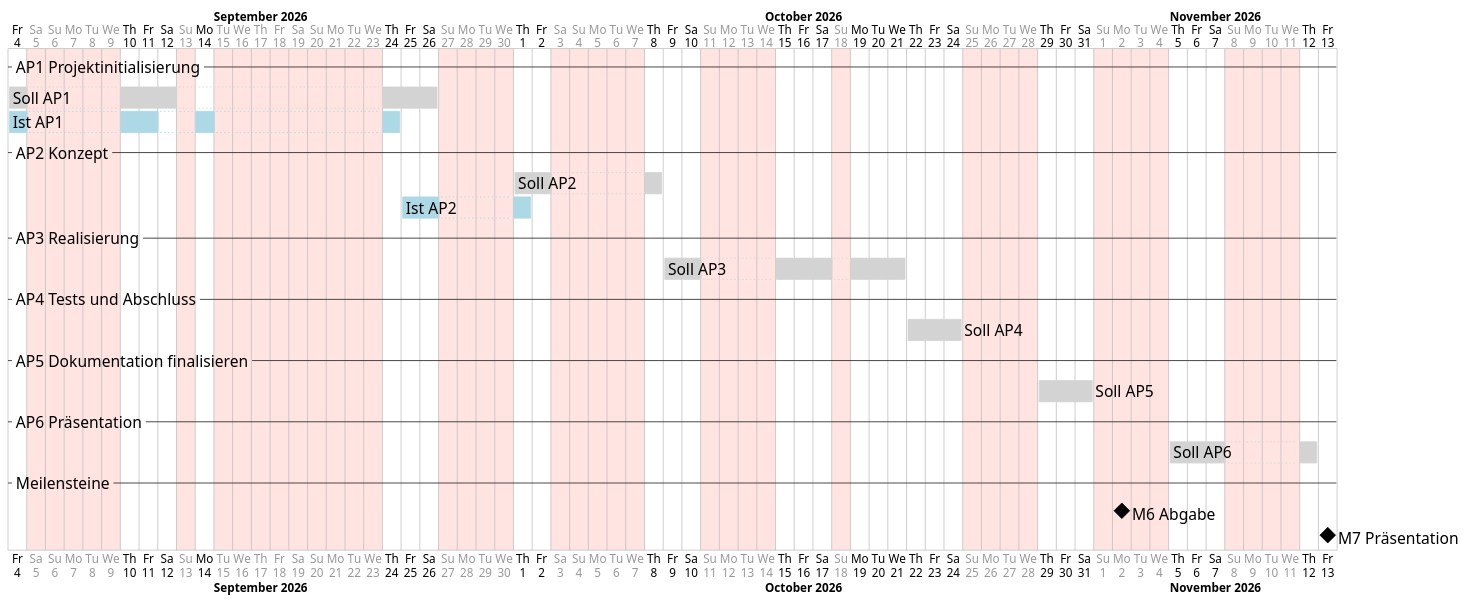
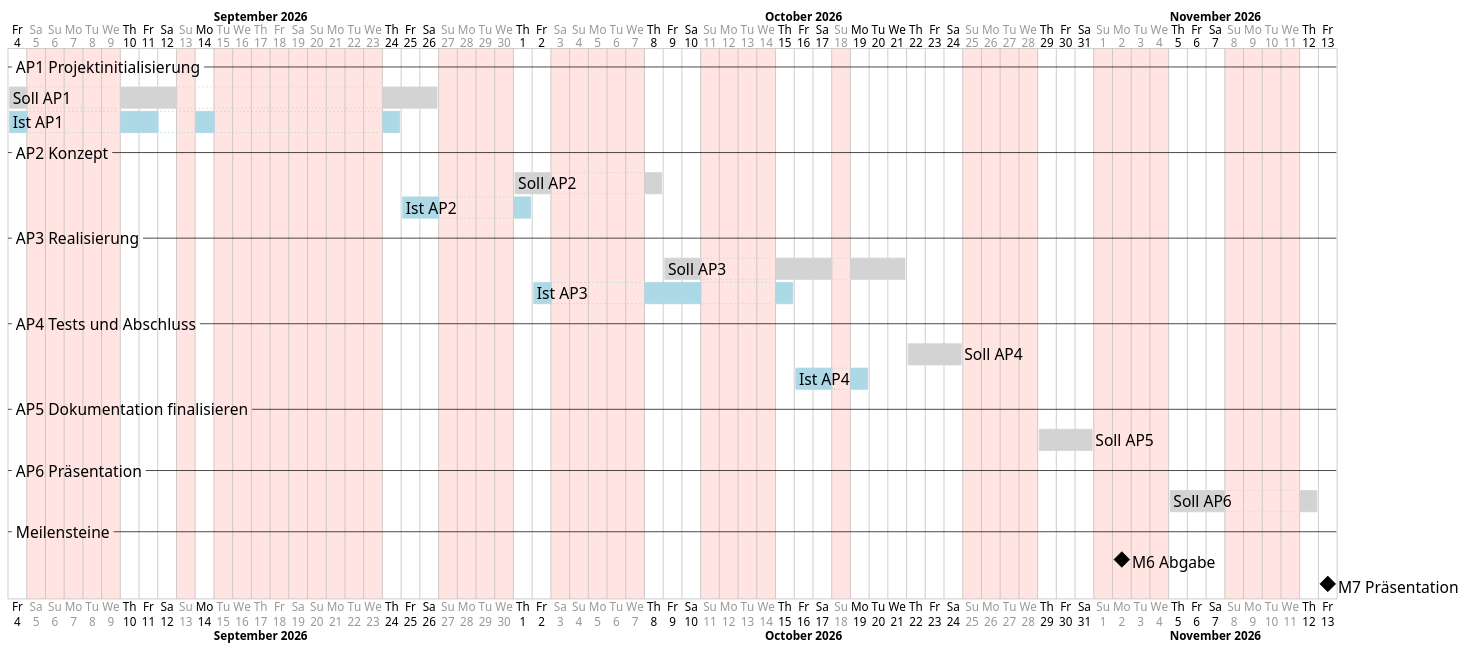
The diagram in documentation/diagrams/Terminplan_SollIst.puml (Adyrem/diploma-label-localization), drawn with PlantUML before and after one commit. The commit also changed 17 other files, not shown here.

```diff
--- a/documentation/diagrams/Terminplan_SollIst.puml
+++ b/documentation/diagrams/Terminplan_SollIst.puml
@@ -1,68 +1,72 @@
 @startgantt
 ' Soll/Ist-Vergleich auf Phasenebene, für das Kapitel Reflexion.
 ' Während des Projekts laufend nachführen: pro Arbeitspaket die Ist-Zeile
 ' auf die effektiven Start- und Enddaten setzen. Quelle ist die Tabelle
 ' "Detailplanung und Aufwanderfassung" im Anhang.
 ' Rendern: plantuml -tpng -charset UTF-8 Terminplan_SollIst.puml
 
 <style>
 ganttDiagram {
   task { FontSize 20 }
   milestone { FontSize 20 }
   separator { FontSize 20 }
   timeline { FontSize 15 }
   closed { BackGroundColor MistyRose }
 }
 </style>
 
 projectscale daily zoom 1
 project starts 2026-09-04
 
 monday are closed
 tuesday are closed
 wednesday are closed
 sunday are closed
 
 2026-09-05 to 2026-09-06 are closed
 2026-09-17 to 2026-09-20 are closed
 2026-10-03 to 2026-10-04 are closed
 2026-10-19 to 2026-10-21 are open
 ' AP1.5 wurde am 11.09. und am Montag, 14.09., bearbeitet
 2026-09-14 is open
 
 -- AP1 Projektinitialisierung --
 [Soll AP1] as [S1] starts 2026-09-04 and ends 2026-09-26
 ' Der 14.09. war nicht eingeplant
 [S1] pauses on 2026-09-14
 [Ist AP1] as [I1] starts 2026-09-04 and ends 2026-09-24
 [I1] pauses on 2026-09-12
 
 -- AP2 Konzept --
 [Soll AP2] as [S2] starts 2026-10-01 and requires 3 days
 [Ist AP2] as [I2] starts 2026-09-25 and ends 2026-10-01
 
 -- AP3 Realisierung --
 [Soll AP3] as [S3] starts 2026-10-09 and requires 8 days
+[Ist AP3] as [I3] starts 2026-10-02 and ends 2026-10-15
 
 -- AP4 Tests und Abschluss --
 [Soll AP4] as [S4] starts 2026-10-22 and requires 3 days
+[Ist AP4] as [I4] starts 2026-10-16 and ends 2026-10-19
 
 -- AP5 Dokumentation finalisieren --
 [Soll AP5] as [S5] starts 2026-10-29 and requires 3 days
 
 -- AP6 Präsentation --
 [Soll AP6] as [S6] starts 2026-11-05 and requires 4 days
 
 -- Meilensteine --
 [M6 Abgabe] happens 2026-11-02
 [M7 Präsentation] happens 2026-11-13
 
 [S1] is colored in LightGray
 [S2] is colored in LightGray
 [S3] is colored in LightGray
 [S4] is colored in LightGray
 [S5] is colored in LightGray
 [S6] is colored in LightGray
 [I1] is colored in LightBlue
 [I2] is colored in LightBlue
+[I3] is colored in LightBlue
+[I4] is colored in LightBlue
 @endgantt
```
